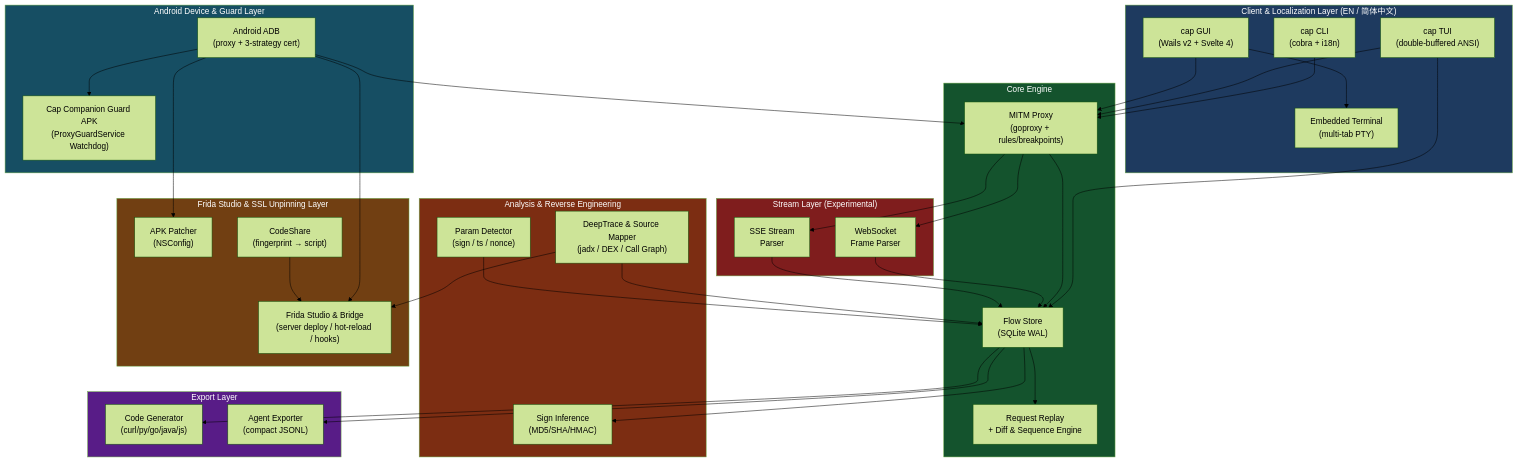
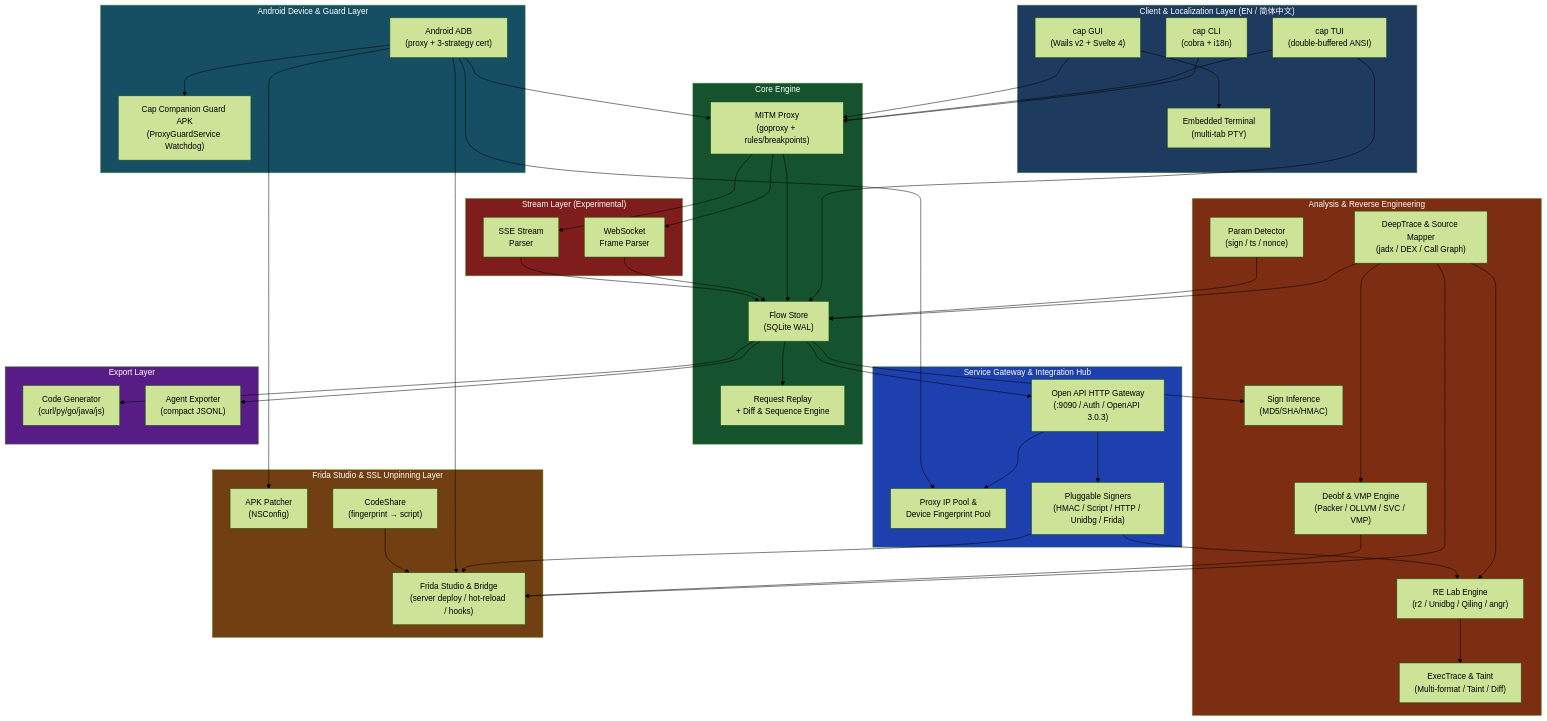
The first of 2 diagrams in README.md (overkazaf/cap), drawn with Mermaid (forest theme) before and after one commit. The commit also changed other lines of this file and 20 other files, not shown here.

Commit message:
feat(ui,docs): integrate RE Lab & Service Gateway into shell, handoffs, settings, docs & assets

```diff
--- a/README.md
+++ b/README.md
@@ -129,6 +133,15 @@
         SIGN["Sign Inference<br/>(MD5/SHA/HMAC)"]
         TRACE["DeepTrace & Source Mapper<br/>(jadx / DEX / Call Graph)"]
         DETECT["Param Detector<br/>(sign / ts / nonce)"]
+        RELAB["RE Lab Engine<br/>(r2 / Unidbg / Qiling / angr)"]
+        DEOBF["Deobf & VMP Engine<br/>(Packer / OLLVM / SVC / VMP)"]
+        EXECTRACE["ExecTrace & Taint<br/>(Multi-format / Taint / Diff)"]
+    end
+
+    subgraph Service["Service Gateway & Integration Hub"]
+        GW["Open API HTTP Gateway<br/>(:9090 / Auth / OpenAPI 3.0.3)"]
+        POOLS["Proxy IP Pool &<br/>Device Fingerprint Pool"]
+        SIGNERS["Pluggable Signers<br/>(HMAC / Script / HTTP / Unidbg / Frida)"]
     end
 
     subgraph Export["Export Layer"]
@@ -166,18 +179,29 @@
     STORE --> AGENT
     STORE --> SIGN
     STORE --> REPLAY
+    STORE --> GW
     TRACE --> STORE
     TRACE --> FRIDA
+    TRACE --> RELAB
+    TRACE --> DEOBF
+    RELAB --> EXECTRACE
+    DEOBF --> FRIDA
+    GW --> POOLS
+    GW --> SIGNERS
+    SIGNERS --> RELAB
+    SIGNERS --> FRIDA
     DETECT --> STORE
     ADB --> PROXY
     ADB --> GUARD
     ADB --> FRIDA
     ADB --> PATCH
+    ADB --> POOLS
     CODESHARE --> FRIDA
 
     style Client fill:#1e3a5f,color:#fff
     style Core fill:#14532d,color:#fff
     style Analysis fill:#7c2d12,color:#fff
+    style Service fill:#1e40af,color:#fff
     style Export fill:#581c87,color:#fff
     style Capture fill:#7f1d1d,color:#fff
     style Device fill:#164e63,color:#fff
```
